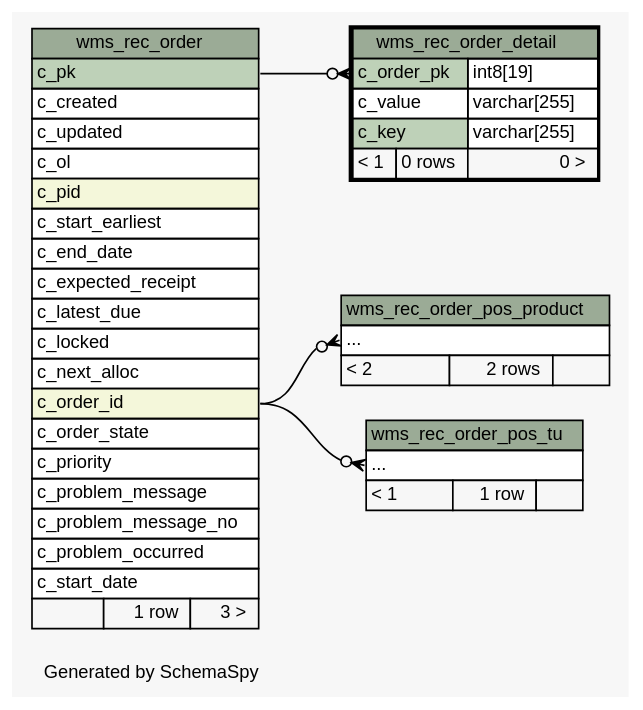
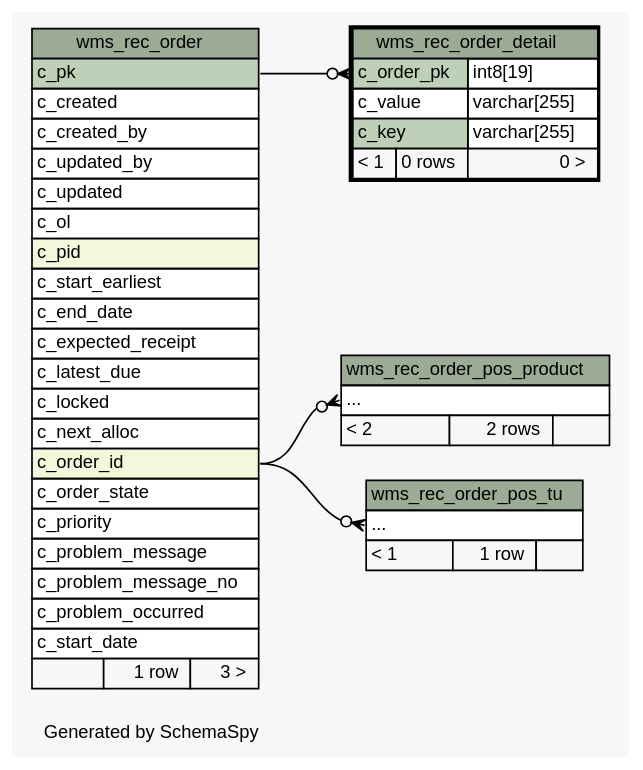
One commit to openwms/org.openwms.wms.receiving.lib changed the diagram in 1.0.0-SNAPSHOT/schemaspy/diagrams/wms_rec_order_detail.2degrees.dot. Above: the diagram before and after it, drawn with Graphviz. The commit also changed 391 other files, not shown here.

```diff
--- a/1.0.0-SNAPSHOT/schemaspy/diagrams/wms_rec_order_detail.2degrees.dot
+++ b/1.0.0-SNAPSHOT/schemaspy/diagrams/wms_rec_order_detail.2degrees.dot
@@ -1,84 +1,86 @@
-// dot 2.43.0 on Linux 5.13.0-1022-azure
+// dot 2.43.0 on Linux 5.13.0-1025-azure
 // SchemaSpy rev Unknown
 digraph "twoDegreesRelationshipsDiagram" {
   graph [
     rankdir="RL"
     bgcolor="#f7f7f7"
     label="\nGenerated by SchemaSpy"
     labeljust="l"
     nodesep="0.18"
     ranksep="0.46"
     fontname="Helvetica"
     fontsize="11"
   ];
   node [
     fontname="Helvetica"
     fontsize="11"
     shape="plaintext"
   ];
   edge [
     arrowsize="0.8"
   ];
   "wms_rec_order_detail":"c_order_pk":w -> "wms_rec_order":"c_pk":e [arrowhead=none dir=back arrowtail=crowodot];
   "wms_rec_order_pos_product":"elipses":w -> "wms_rec_order":"c_order_id":e [arrowhead=none dir=back arrowtail=crowodot];
   "wms_rec_order_pos_tu":"elipses":w -> "wms_rec_order":"c_order_id":e [arrowhead=none dir=back arrowtail=crowodot];
   "wms_rec_order" [
     label=<
     <TABLE BORDER="0" CELLBORDER="1" CELLSPACING="0" BGCOLOR="#ffffff">
       <TR><TD COLSPAN="3" BGCOLOR="#9bab96" ALIGN="CENTER">wms_rec_order</TD></TR>
       <TR><TD PORT="c_pk" COLSPAN="3" BGCOLOR="#bed1b8" ALIGN="LEFT">c_pk</TD></TR>
       <TR><TD PORT="c_created" COLSPAN="3" ALIGN="LEFT">c_created</TD></TR>
+      <TR><TD PORT="c_created_by" COLSPAN="3" ALIGN="LEFT">c_created_by</TD></TR>
+      <TR><TD PORT="c_updated_by" COLSPAN="3" ALIGN="LEFT">c_updated_by</TD></TR>
       <TR><TD PORT="c_updated" COLSPAN="3" ALIGN="LEFT">c_updated</TD></TR>
       <TR><TD PORT="c_ol" COLSPAN="3" ALIGN="LEFT">c_ol</TD></TR>
       <TR><TD PORT="c_pid" COLSPAN="3" BGCOLOR="#f4f7da" ALIGN="LEFT">c_pid</TD></TR>
       <TR><TD PORT="c_start_earliest" COLSPAN="3" ALIGN="LEFT">c_start_earliest</TD></TR>
       <TR><TD PORT="c_end_date" COLSPAN="3" ALIGN="LEFT">c_end_date</TD></TR>
       <TR><TD PORT="c_expected_receipt" COLSPAN="3" ALIGN="LEFT">c_expected_receipt</TD></TR>
       <TR><TD PORT="c_latest_due" COLSPAN="3" ALIGN="LEFT">c_latest_due</TD></TR>
       <TR><TD PORT="c_locked" COLSPAN="3" ALIGN="LEFT">c_locked</TD></TR>
       <TR><TD PORT="c_next_alloc" COLSPAN="3" ALIGN="LEFT">c_next_alloc</TD></TR>
       <TR><TD PORT="c_order_id" COLSPAN="3" BGCOLOR="#f4f7da" ALIGN="LEFT">c_order_id</TD></TR>
       <TR><TD PORT="c_order_state" COLSPAN="3" ALIGN="LEFT">c_order_state</TD></TR>
       <TR><TD PORT="c_priority" COLSPAN="3" ALIGN="LEFT">c_priority</TD></TR>
       <TR><TD PORT="c_problem_message" COLSPAN="3" ALIGN="LEFT">c_problem_message</TD></TR>
       <TR><TD PORT="c_problem_message_no" COLSPAN="3" ALIGN="LEFT">c_problem_message_no</TD></TR>
       <TR><TD PORT="c_problem_occurred" COLSPAN="3" ALIGN="LEFT">c_problem_occurred</TD></TR>
       <TR><TD PORT="c_start_date" COLSPAN="3" ALIGN="LEFT">c_start_date</TD></TR>
       <TR><TD ALIGN="LEFT" BGCOLOR="#f7f7f7">  </TD><TD ALIGN="RIGHT" BGCOLOR="#f7f7f7">1 row</TD><TD ALIGN="RIGHT" BGCOLOR="#f7f7f7">3 &gt;</TD></TR>
     </TABLE>>
     URL="wms_rec_order.html"
     tooltip="wms_rec_order"
   ];
   "wms_rec_order_detail" [
     label=<
     <TABLE BORDER="2" CELLBORDER="1" CELLSPACING="0" BGCOLOR="#ffffff">
       <TR><TD COLSPAN="3" BGCOLOR="#9bab96" ALIGN="CENTER">wms_rec_order_detail</TD></TR>
       <TR><TD PORT="c_order_pk" COLSPAN="2" BGCOLOR="#bed1b8" ALIGN="LEFT">c_order_pk</TD><TD PORT="c_order_pk.type" ALIGN="LEFT">int8[19]</TD></TR>
       <TR><TD PORT="c_value" COLSPAN="2" ALIGN="LEFT">c_value</TD><TD PORT="c_value.type" ALIGN="LEFT">varchar[255]</TD></TR>
       <TR><TD PORT="c_key" COLSPAN="2" BGCOLOR="#bed1b8" ALIGN="LEFT">c_key</TD><TD PORT="c_key.type" ALIGN="LEFT">varchar[255]</TD></TR>
       <TR><TD ALIGN="LEFT" BGCOLOR="#f7f7f7">&lt; 1</TD><TD ALIGN="RIGHT" BGCOLOR="#f7f7f7">0 rows</TD><TD ALIGN="RIGHT" BGCOLOR="#f7f7f7">0 &gt;</TD></TR>
     </TABLE>>
     URL="wms_rec_order_detail.html"
     tooltip="wms_rec_order_detail"
   ];
   "wms_rec_order_pos_product" [
     label=<
     <TABLE BORDER="0" CELLBORDER="1" CELLSPACING="0" BGCOLOR="#ffffff">
       <TR><TD COLSPAN="3" BGCOLOR="#9bab96" ALIGN="CENTER">wms_rec_order_pos_product</TD></TR>
       <TR><TD PORT="elipses" COLSPAN="3" ALIGN="LEFT">...</TD></TR>
       <TR><TD ALIGN="LEFT" BGCOLOR="#f7f7f7">&lt; 2</TD><TD ALIGN="RIGHT" BGCOLOR="#f7f7f7">2 rows</TD><TD ALIGN="RIGHT" BGCOLOR="#f7f7f7">  </TD></TR>
     </TABLE>>
     URL="wms_rec_order_pos_product.html"
     tooltip="wms_rec_order_pos_product"
   ];
   "wms_rec_order_pos_tu" [
     label=<
     <TABLE BORDER="0" CELLBORDER="1" CELLSPACING="0" BGCOLOR="#ffffff">
       <TR><TD COLSPAN="3" BGCOLOR="#9bab96" ALIGN="CENTER">wms_rec_order_pos_tu</TD></TR>
       <TR><TD PORT="elipses" COLSPAN="3" ALIGN="LEFT">...</TD></TR>
       <TR><TD ALIGN="LEFT" BGCOLOR="#f7f7f7">&lt; 1</TD><TD ALIGN="RIGHT" BGCOLOR="#f7f7f7">1 row</TD><TD ALIGN="RIGHT" BGCOLOR="#f7f7f7">  </TD></TR>
     </TABLE>>
     URL="wms_rec_order_pos_tu.html"
     tooltip="wms_rec_order_pos_tu"
   ];
 }
```
